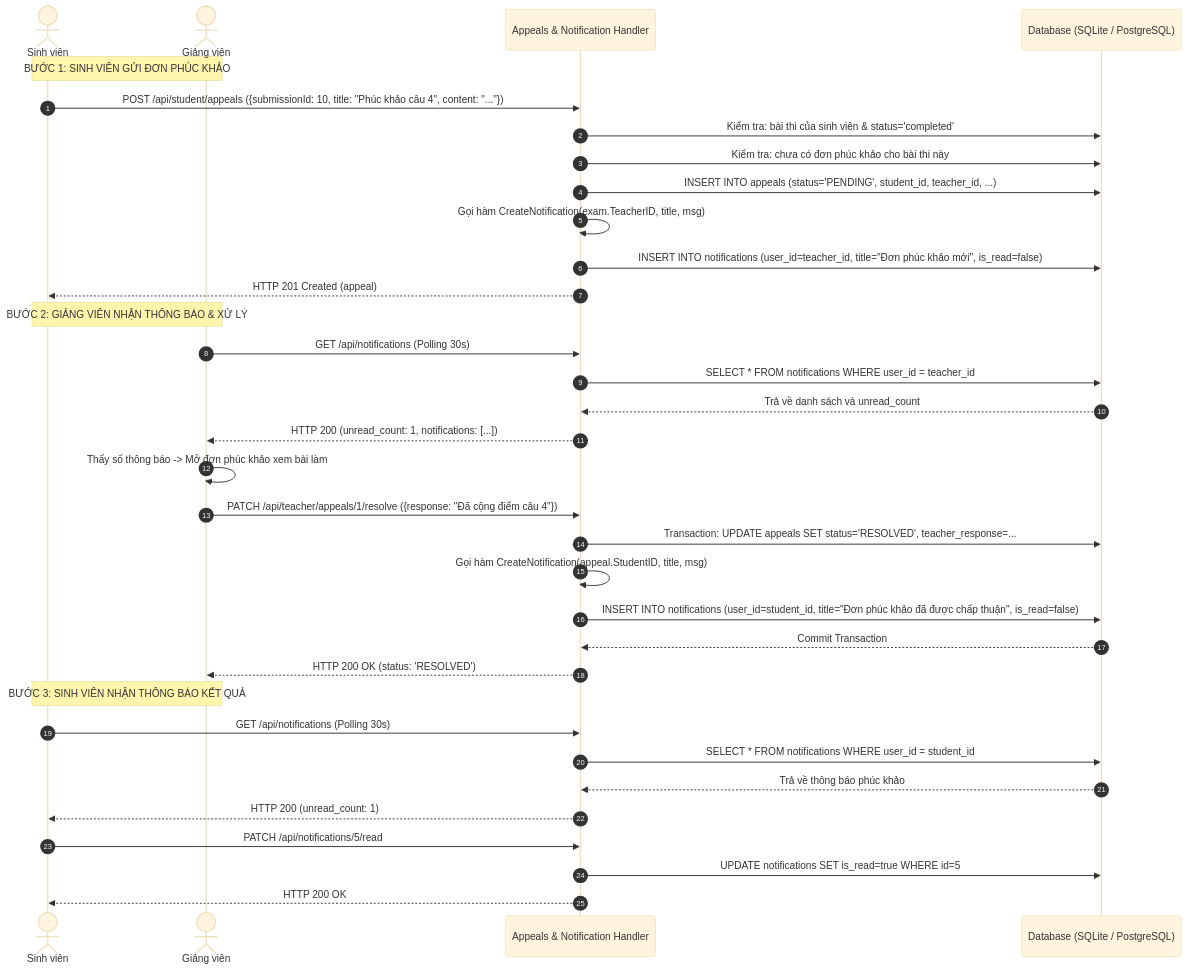
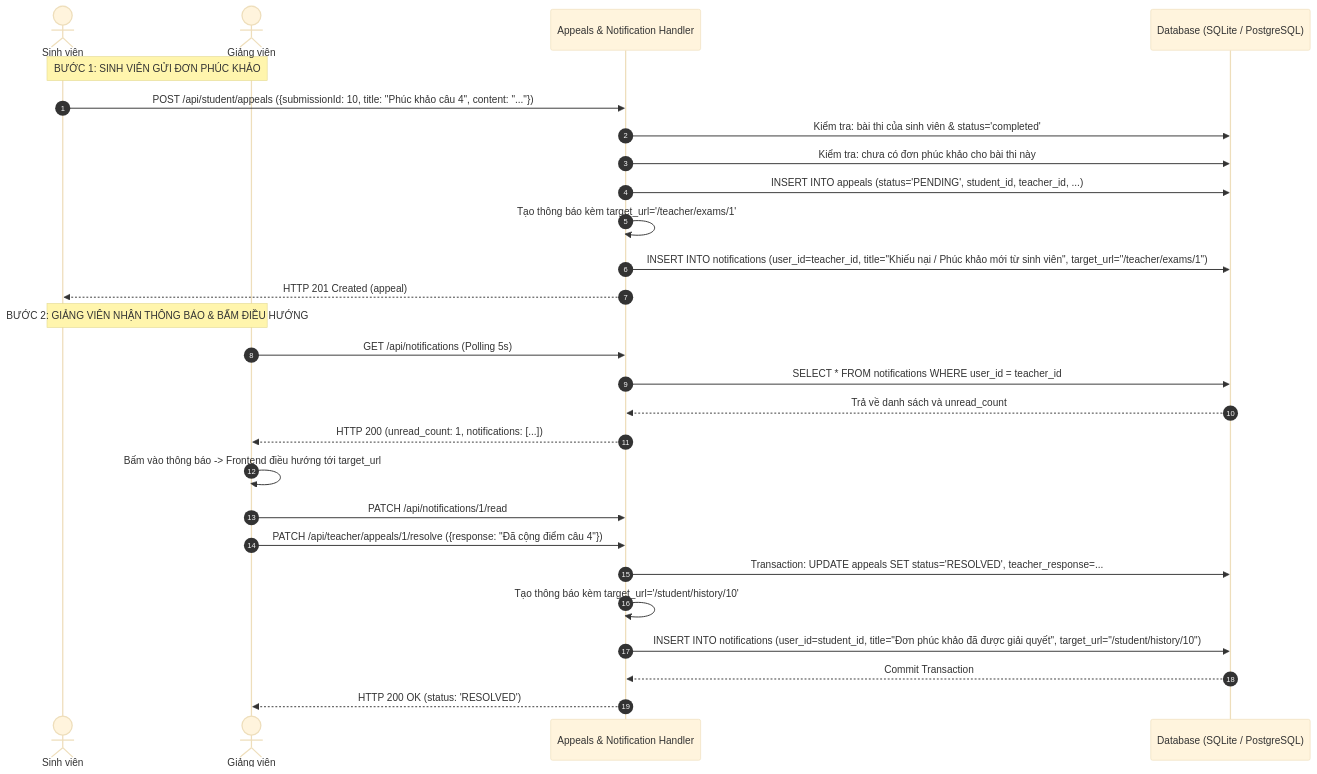
Before and after one commit to NguenDung/exam-system-mvp: the seventh of 8 diagrams in ARCHITECTURE_AND_REPORT.md, drawn with Mermaid (base theme). The commit also changed other lines of this file and 23 other files, not shown here.

Commit message:
feat: add user profiles, classrooms, directory, actionable notifications and refine docs

````diff
--- a/ARCHITECTURE_AND_REPORT.md
+++ b/ARCHITECTURE_AND_REPORT.md
@@ -621,39 +684,31 @@
 ```mermaid
 sequenceDiagram
     autonumber
     actor Student as Sinh viên
     actor Teacher as Giảng viên
     participant Handler as Appeals & Notification Handler
     participant DB as Database (SQLite / PostgreSQL)
 
     Note over Student, Teacher: BƯỚC 1: SINH VIÊN GỬI ĐƠN PHÚC KHẢO
     Student->>Handler: POST /api/student/appeals ({submissionId: 10, title: "Phúc khảo câu 4", content: "..."})
     Handler->>DB: Kiểm tra: bài thi của sinh viên & status='completed'
     Handler->>DB: Kiểm tra: chưa có đơn phúc khảo cho bài thi này
     Handler->>DB: INSERT INTO appeals (status='PENDING', student_id, teacher_id, ...)
-    Handler->>Handler: Gọi hàm CreateNotification(exam.TeacherID, title, msg)
-    Handler->>DB: INSERT INTO notifications (user_id=teacher_id, title="Đơn phúc khảo mới", is_read=false)
+    Handler->>Handler: Tạo thông báo kèm target_url='/teacher/exams/1'
+    Handler->>DB: INSERT INTO notifications (user_id=teacher_id, title="Khiếu nại / Phúc khảo mới từ sinh viên", target_url="/teacher/exams/1")
     Handler-->>Student: HTTP 201 Created (appeal)
 
-    Note over Student, Teacher: BƯỚC 2: GIẢNG VIÊN NHẬN THÔNG BÁO & XỬ LÝ
-    Teacher->>Handler: GET /api/notifications (Polling 30s)
+    Note over Student, Teacher: BƯỚC 2: GIẢNG VIÊN NHẬN THÔNG BÁO & BẤM ĐIỀU HƯỚNG
+    Teacher->>Handler: GET /api/notifications (Polling 5s)
     Handler->>DB: SELECT * FROM notifications WHERE user_id = teacher_id
     DB-->>Handler: Trả về danh sách và unread_count
     Handler-->>Teacher: HTTP 200 (unread_count: 1, notifications: [...])
-    Teacher->>Teacher: Thấy số thông báo -> Mở đơn phúc khảo xem bài làm
+    Teacher->>Teacher: Bấm vào thông báo -> Frontend điều hướng tới target_url
+    Teacher->>Handler: PATCH /api/notifications/1/read
     Teacher->>Handler: PATCH /api/teacher/appeals/1/resolve ({response: "Đã cộng điểm câu 4"})
     Handler->>DB: Transaction: UPDATE appeals SET status='RESOLVED', teacher_response=...
-    Handler->>Handler: Gọi hàm CreateNotification(appeal.StudentID, title, msg)
-    Handler->>DB: INSERT INTO notifications (user_id=student_id, title="Đơn phúc khảo đã được chấp thuận", is_read=false)
+    Handler->>Handler: Tạo thông báo kèm target_url='/student/history/10'
+    Handler->>DB: INSERT INTO notifications (user_id=student_id, title="Đơn phúc khảo đã được giải quyết", target_url="/student/history/10")
     DB-->>Handler: Commit Transaction
     Handler-->>Teacher: HTTP 200 OK (status: 'RESOLVED')
-
-    Note over Student, Teacher: BƯỚC 3: SINH VIÊN NHẬN THÔNG BÁO KẾT QUẢ
-    Student->>Handler: GET /api/notifications (Polling 30s)
-    Handler->>DB: SELECT * FROM notifications WHERE user_id = student_id
-    DB-->>Handler: Trả về thông báo phúc khảo
-    Handler-->>Student: HTTP 200 (unread_count: 1)
-    Student->>Handler: PATCH /api/notifications/5/read
-    Handler->>DB: UPDATE notifications SET is_read=true WHERE id=5
-    Handler-->>Student: HTTP 200 OK
 ```
````
